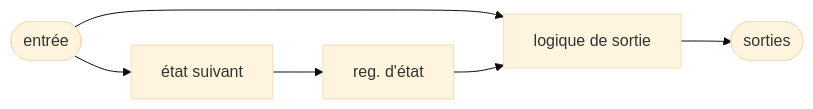
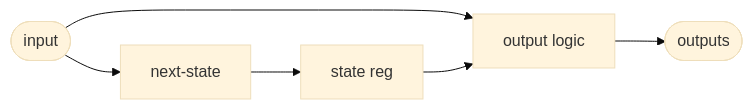
One commit to Kmila9s/Kmila changed the second of 2 diagrams in Kmila.Shared/wwwroot/Learn/fr/fsm/01-mealy-vs-moore.md. Above: the diagram before and after it, drawn with Mermaid (base theme). The commit also changed other lines of this file and 207 other files, not shown here.

````diff
--- a/Kmila.Shared/wwwroot/Learn/fr/fsm/01-mealy-vs-moore.md
+++ b/Kmila.Shared/wwwroot/Learn/fr/fsm/01-mealy-vs-moore.md
@@ -32,8 +32,8 @@
 ```mermaid
 flowchart LR
-    IN([entrée]) --> NS["état suivant"]
-    NS --> SR["reg. d'état"]
-    IN --> OL["logique de sortie"]
+    IN([input]) --> NS["next-state"]
+    NS --> SR["state reg"]
+    IN --> OL["output logic"]
     SR --> OL
-    OL --> OUT([sorties])
+    OL --> OUT([outputs])
 ```
````
